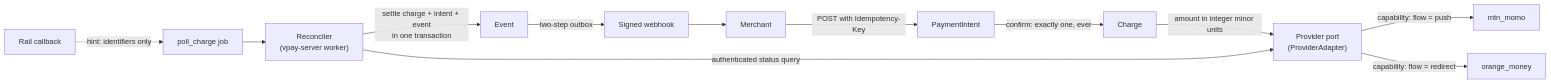
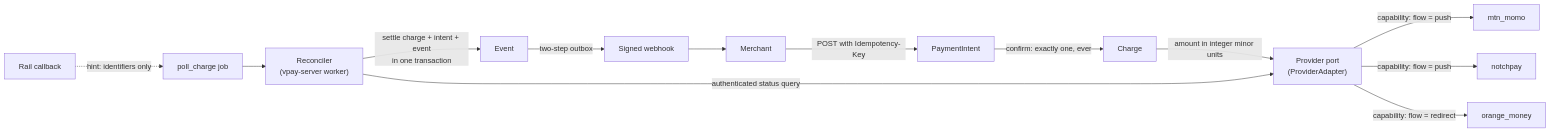
The first of 3 diagrams in docs/guide/concepts.md (vaam-apps/vpay-docs), drawn with Mermaid before and after one commit. The commit also changed other lines of this file and 36 other files, not shown here.

````diff
--- a/docs/guide/concepts.md
+++ b/docs/guide/concepts.md
@@ -39,14 +39,15 @@
 ```mermaid
 flowchart LR
     M["Merchant"] -->|"POST with Idempotency-Key"| PI["PaymentIntent"]
     PI -->|"confirm: exactly one, ever"| CH["Charge"]
     CH -->|"amount in integer minor units"| PORT["Provider port<br/>(ProviderAdapter)"]
     PORT -->|"capability: flow = push"| MTN["mtn_momo"]
+    PORT -->|"capability: flow = push"| NP["notchpay"]
     PORT -->|"capability: flow = redirect"| OR["orange_money"]
     CB["Rail callback"] -.->|"hint: identifiers only"| JOB["poll_charge job"]
     JOB --> REC["Reconciler<br/>(vpay-server worker)"]
     REC -->|"authenticated status query"| PORT
     REC -->|"settle charge + intent + event<br/>in one transaction"| EV["Event"]
     EV -->|"two-step outbox"| WH["Signed webhook"]
     WH --> M
 ```
````
